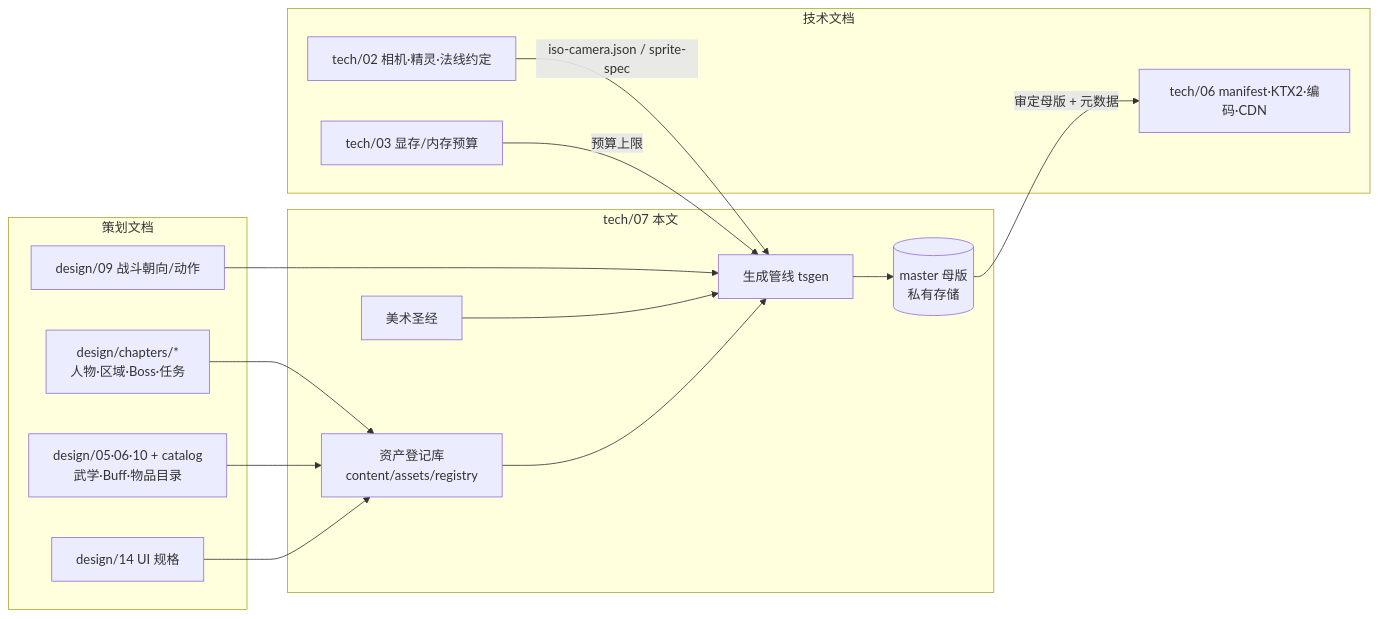
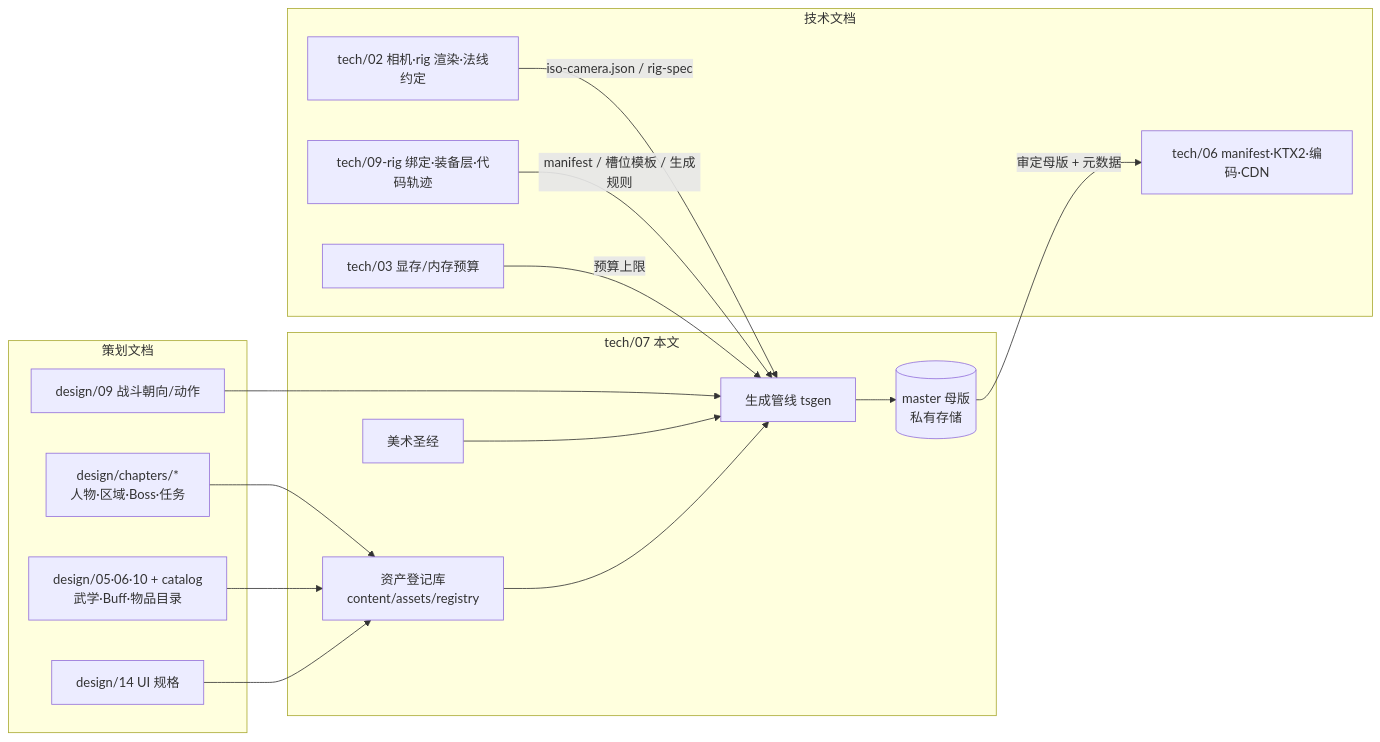
Before and after one commit to radarxc/jinyongqunxia: the first of 7 diagrams in docs/tech/07-asset-generation.md, drawn with Mermaid. The commit also changed other lines of this file and 3 other files, not shown here.

First line of the commit message:
agents(DES-rig): 角色分层部件绑定与代码步态规格（AR-22）· docs/tech/09 + 改 tech/02 §2.5–2.6

````diff
--- a/docs/tech/07-asset-generation.md
+++ b/docs/tech/07-asset-generation.md
@@ -71,28 +71,30 @@
 ```mermaid
 flowchart LR
   subgraph Design[策划文档]
     CH[design/chapters/*<br/>人物·区域·Boss·任务]
     CAT[design/05·06·10 + catalog<br/>武学·Buff·物品目录]
     UI[design/14 UI 规格]
     D09[design/09 战斗朝向/动作]
   end
   subgraph T07[tech/07 本文]
     AB[美术圣经]
     REQ[资产登记库<br/>content/assets/registry]
     PIPE[生成管线 tsgen]
     MASTER[(master 母版<br/>私有存储)]
   end
   subgraph Tech[技术文档]
-    T02[tech/02 相机·精灵·法线约定]
+    T02[tech/02 相机·rig 渲染·法线约定]
+    T09[tech/09-rig 绑定·装备层·代码轨迹]
     T06[tech/06 manifest·KTX2·编码·CDN]
     T03[tech/03 显存/内存预算]
   end
   CH --> REQ
   CAT --> REQ
   UI --> REQ
   D09 --> PIPE
-  T02 -- iso-camera.json / sprite-spec --> PIPE
+  T02 -- iso-camera.json / rig-spec --> PIPE
+  T09 -- manifest / 槽位模板 / 生成规则 --> PIPE
   T03 -- 预算上限 --> PIPE
   AB --> PIPE
   REQ --> PIPE --> MASTER -- 审定母版 + 元数据 --> T06
 ```
````
